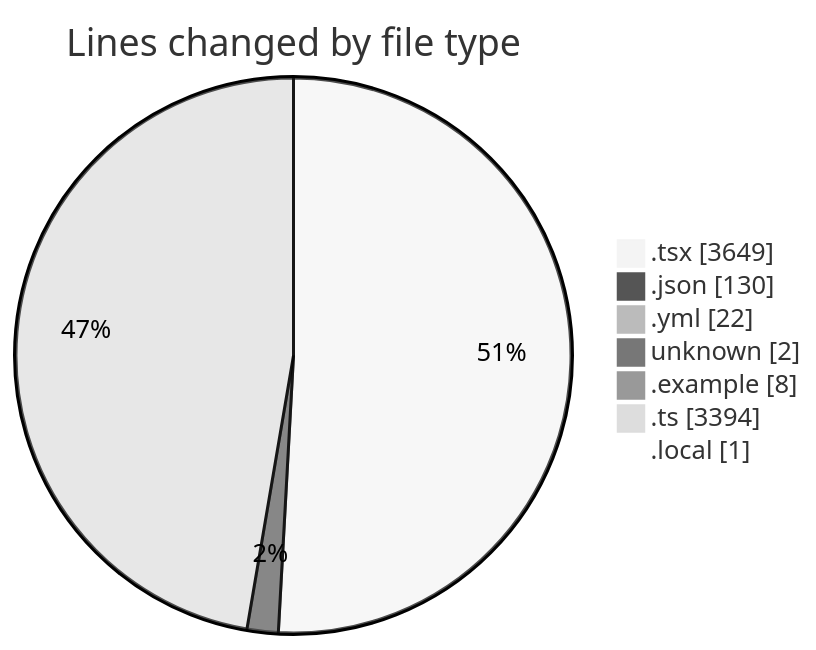
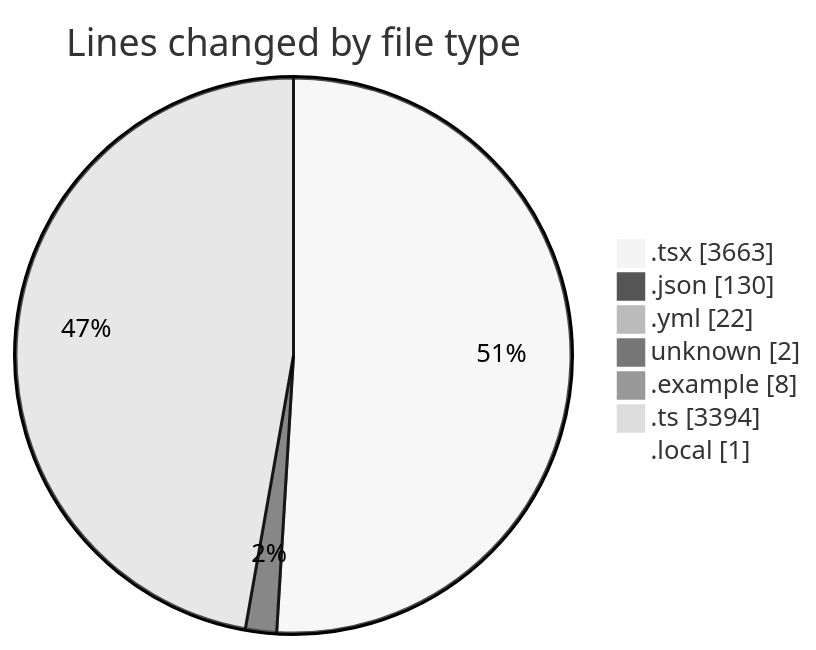
One commit to julien-gomy/code-tracking changed the first of 2 diagrams in 2025-11-21/eventscop-frontend-guide__workspace_/README.md. Above: the diagram before and after it, drawn with Mermaid (neutral theme). The commit also changed other lines of this file and 1 other file, not shown here.

````diff
--- a/2025-11-21/eventscop-frontend-guide__workspace_/README.md
+++ b/2025-11-21/eventscop-frontend-guide__workspace_/README.md
@@ -66,11 +66,11 @@
 ```mermaid
 pie showData
 title Lines changed by file type
-".tsx" : 3649
+".tsx" : 3663
 ".json" : 130
 ".yml" : 22
 "unknown" : 2
 ".example" : 8
 ".ts" : 3394
 ".local" : 1
 ```
````
